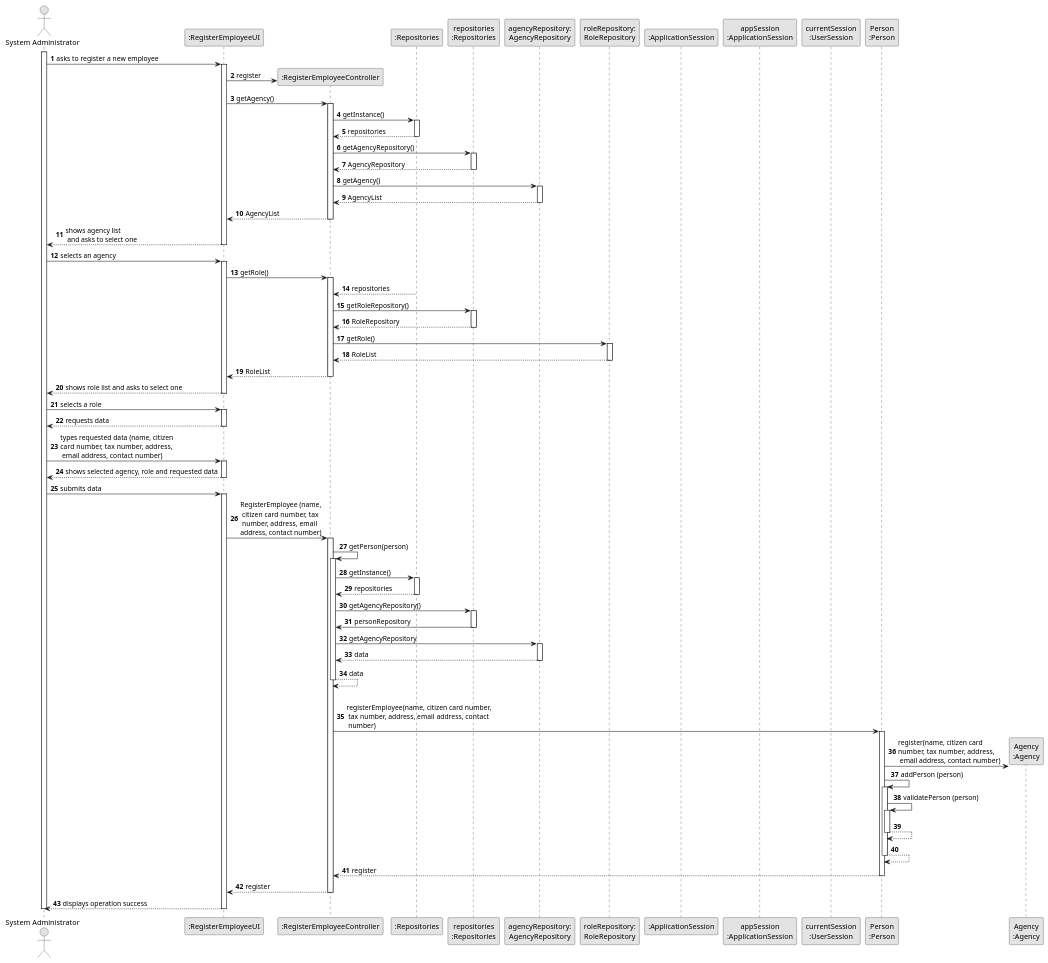
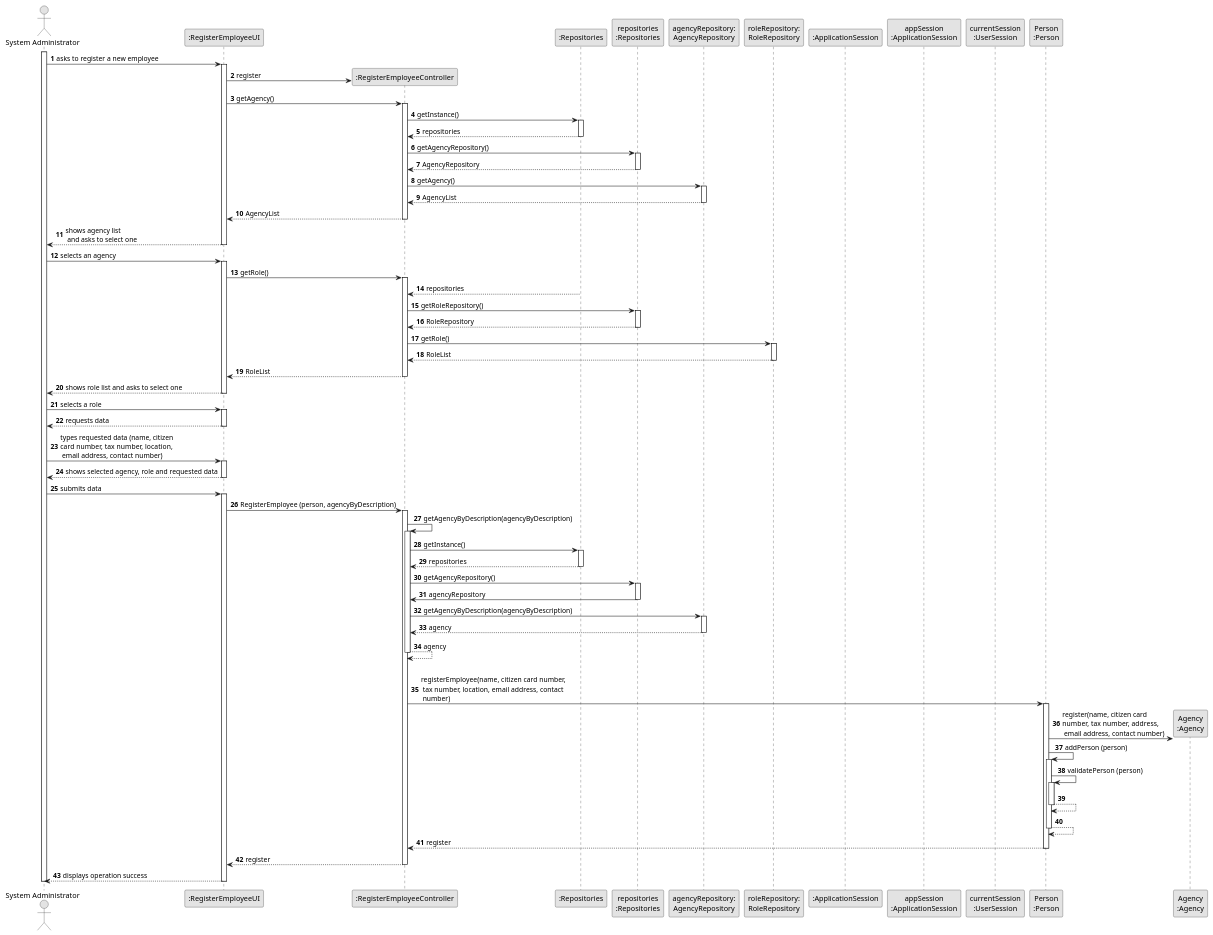
The diagram in docs/sprintB/us003/03.design/puml/us003-sequence-diagram-full.puml (rita-barbosa/LAPR2-2223), drawn with PlantUML before and after one commit.

Commit message:
Update SD [US3][Design]

```diff
--- a/docs/sprintB/us003/03.design/puml/us003-sequence-diagram-full.puml
+++ b/docs/sprintB/us003/03.design/puml/us003-sequence-diagram-full.puml
@@ -1,158 +1,158 @@
 @startuml
 skinparam monochrome true
 skinparam packageStyle rectangle
 skinparam shadowing false
 
 autonumber
 
 'hide footbox
 actor "System Administrator" as ADM
 participant ":RegisterEmployeeUI" as UI
 participant ":RegisterEmployeeController" as CTRL
 participant ":Repositories" as RepositorySingleton
 participant "repositories\n:Repositories" as PLAT
 participant "agencyRepository:\nAgencyRepository" as AgencyRepository
 participant "roleRepository:\nRoleRepository" as RoleRepository
 participant ":ApplicationSession" as _APP
 participant "appSession\n:ApplicationSession" as APP
 participant "currentSession\n:UserSession" as SESSAO
 participant "Person\n:Person" as PERSON
 participant "Agency\n:Agency" as AGENCY
 
 activate ADM
 
         ADM -> UI : asks to register a new employee
 
         activate UI
 
-'            UI --> ADM : requests data (name, citizen card number, tax number, address, email address, contact number)
+'            UI --> ADM : requests data (name, citizen card number, tax number, address, email)
             'create CTRL
             UI -> CTRL** : register
 
             UI -> CTRL : getAgency()
             activate CTRL
 
                 CTRL -> RepositorySingleton : getInstance()
                 activate RepositorySingleton
 
                     RepositorySingleton --> CTRL: repositories
                 deactivate RepositorySingleton
 
                 CTRL -> PLAT : getAgencyRepository()
                 activate PLAT
 
                     PLAT --> CTRL: AgencyRepository
                 deactivate PLAT
 
                 CTRL -> AgencyRepository : getAgency()
                 activate AgencyRepository
 
                     AgencyRepository --> CTRL : AgencyList
                 deactivate AgencyRepository
 
                 CTRL --> UI : AgencyList
             deactivate CTRL
 
             UI --> ADM : shows agency list\n and asks to select one
         deactivate UI
 
 
              ADM -> UI : selects an agency
              activate UI
 
 UI -> CTRL : getRole()
             activate CTRL
 
 
 
                     RepositorySingleton --> CTRL: repositories
                 deactivate RepositorySingleton
 
                 CTRL -> PLAT : getRoleRepository()
                 activate PLAT
 
                     PLAT --> CTRL: RoleRepository
                 deactivate PLAT
 
                 CTRL -> RoleRepository : getRole()
                 activate RoleRepository
 
                     RoleRepository --> CTRL : RoleList
                 deactivate RoleRepository
 
                 CTRL --> UI : RoleList
             deactivate CTRL
 
             UI --> ADM : shows role list and asks to select one
         deactivate UI
 
     ADM -> UI : selects a role
     activate UI
 
         UI --> ADM : requests data
     deactivate UI
 
-    ADM -> UI : types requested data (name, citizen \ncard number, tax number, address,\n email address, contact number)
+    ADM -> UI : types requested data (name, citizen \ncard number, tax number, location,\n email address, contact number)
     activate UI
 
         UI --> ADM : shows selected agency, role and requested data
     deactivate UI
 
     ADM -> UI : submits data
     activate UI
 
-        UI -> CTRL : RegisterEmployee (name,\n citizen card number, tax \n number, address, email \naddress, contact number)
+        UI -> CTRL : RegisterEmployee (person, agencyByDescription)
         activate CTRL
 
-            CTRL -> CTRL : getPerson(person)
+            CTRL -> CTRL : getAgencyByDescription(agencyByDescription)
             activate CTRL
 
                 CTRL -> RepositorySingleton : getInstance()
                 activate RepositorySingleton
 
                     RepositorySingleton --> CTRL: repositories
                 deactivate RepositorySingleton
 
                 CTRL -> PLAT : getAgencyRepository()
                 activate PLAT
 
-                    PLAT -> CTRL : personRepository
+                    PLAT -> CTRL : agencyRepository
                 deactivate PLAT
 
-                CTRL -> AgencyRepository : getAgencyRepository
+                CTRL -> AgencyRepository : getAgencyByDescription(agencyByDescription)
                 activate AgencyRepository
 
-                    AgencyRepository --> CTRL : data
+                    AgencyRepository --> CTRL : agency
                 deactivate AgencyRepository
-                    CTRL --> CTRL : data
+                    CTRL --> CTRL : agency
             deactivate CTRL
 
             |||
-            CTRL -> PERSON: registerEmployee(name, citizen card number,\n tax number, address, email address, contact\n number)
+            CTRL -> PERSON: registerEmployee(name, citizen card number,\n tax number, location, email address, contact\n number)
             activate PERSON
 
                 PERSON -> AGENCY**: register(name, citizen card \nnumber, tax number, address,\n email address, contact number)
                 PERSON -> PERSON: addPerson (person)
 
 
                 activate PERSON
                     PERSON -> PERSON: validatePerson (person)
                     activate PERSON
                         PERSON --> PERSON
                     deactivate PERSON
 
                     PERSON --> PERSON
                 deactivate PERSON
 
                 PERSON --> CTRL : register
 
             deactivate PERSON
 
             CTRL --> UI: register
             deactivate CTRL
             UI --> ADM: displays operation success
     deactivate UI
 
 deactivate ADM
 
 @enduml
```
